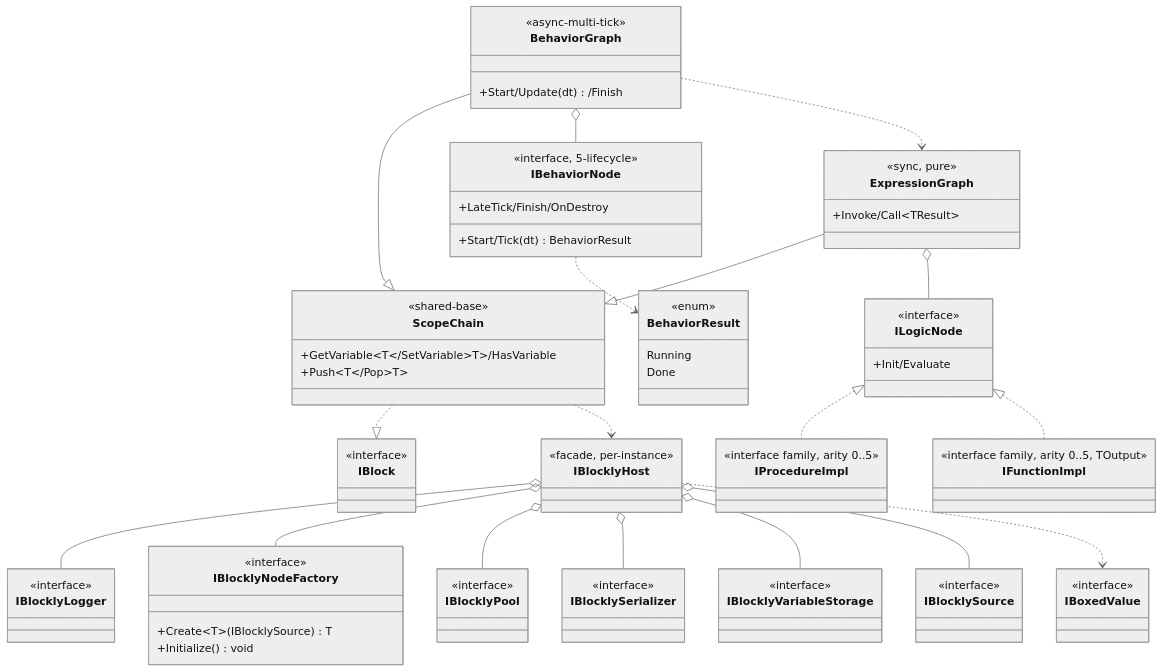
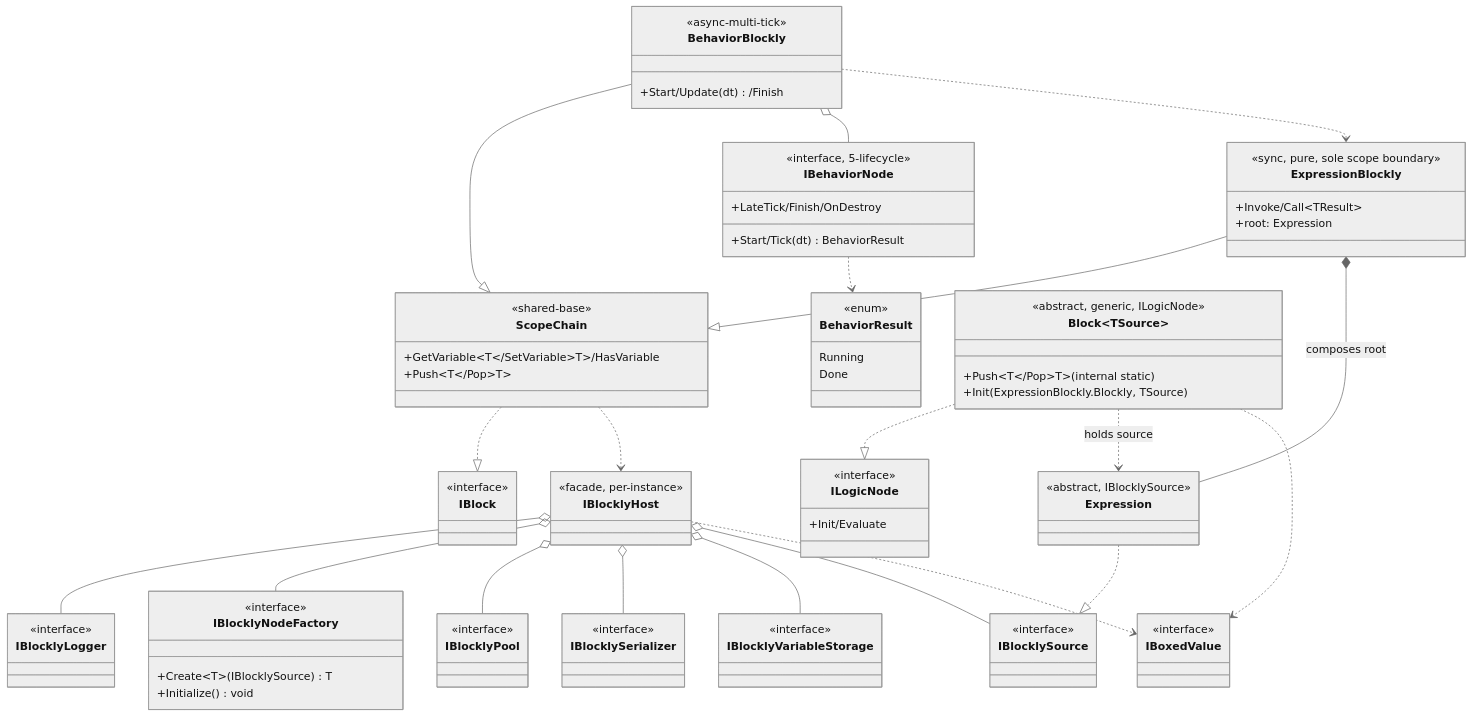
Before and after one commit to nan023062/vena: the diagram in com.vena.blockly/.dna/module.md, drawn with Mermaid (neutral theme). The commit also changed other lines of this file and 60 other files, not shown here.

````diff
--- a/com.vena.blockly/.dna/module.md
+++ b/com.vena.blockly/.dna/module.md
@@ -29,74 +31,79 @@
 ```mermaid
 classDiagram
     direction TB
 
     class IBlock {
         <<interface>>
     }
     class ScopeChain {
         <<shared-base>>
         +GetVariable~T~/SetVariable~T~/HasVariable
         +Push~T~/Pop~T~
     }
-    class BehaviorGraph {
+    class BehaviorBlockly {
         <<async-multi-tick>>
         +Start/Update(dt)/Finish
     }
     class IBehaviorNode {
         <<interface, 5-lifecycle>>
         +Start/Tick(dt) BehaviorResult
         +LateTick/Finish/OnDestroy
     }
     class BehaviorResult {
         <<enum>>
         Running
         Done
     }
-    class ExpressionGraph {
-        <<sync, pure>>
+    class ExpressionBlockly {
+        <<sync, pure, sole scope boundary>>
         +Invoke/Call~TResult~
+        +root: Expression
     }
     class ILogicNode {
         <<interface>>
         +Init/Evaluate
     }
-    class IProcedureImpl {
-        <<interface family, arity 0..5>>
+    class Expression {
+        <<abstract, IBlocklySource>>
     }
-    class IFunctionImpl {
-        <<interface family, arity 0..5, TOutput>>
+    class Block~TSource~ {
+        <<abstract, generic, ILogicNode>>
+        +Push~T~/Pop~T~ (internal static)
+        +Init(ExpressionBlockly.Blockly, TSource)
     }
     class IBlocklyHost {
         <<facade, per-instance>>
     }
     class IBlocklyLogger { <<interface>> }
     class IBlocklyNodeFactory {
         <<interface>>
         +Create~T~(IBlocklySource) T
         +Initialize() void
     }
     class IBlocklyPool { <<interface>> }
     class IBlocklySerializer { <<interface>> }
     class IBlocklyVariableStorage { <<interface>> }
     class IBlocklySource { <<interface>> }
     class IBoxedValue { <<interface>> }
 
     ScopeChain ..|> IBlock
-    BehaviorGraph --|> ScopeChain
-    ExpressionGraph --|> ScopeChain
-    BehaviorGraph o-- IBehaviorNode
+    BehaviorBlockly --|> ScopeChain
+    ExpressionBlockly --|> ScopeChain
+    BehaviorBlockly o-- IBehaviorNode
     IBehaviorNode ..> BehaviorResult
-    ExpressionGraph o-- ILogicNode
-    ILogicNode <|.. IProcedureImpl
-    ILogicNode <|.. IFunctionImpl
-    BehaviorGraph ..> ExpressionGraph
+    ExpressionBlockly *-- Expression : composes root
+    Expression ..|> IBlocklySource
+    Block ..|> ILogicNode
+    Block ..> Expression : holds source
+    BehaviorBlockly ..> ExpressionBlockly
     ScopeChain ..> IBlocklyHost
+    Block ..> IBoxedValue
 
     IBlocklyHost o-- IBlocklyLogger
     IBlocklyHost o-- IBlocklyNodeFactory
     IBlocklyHost o-- IBlocklyPool
     IBlocklyHost o-- IBlocklySerializer
     IBlocklyHost o-- IBlocklyVariableStorage
     IBlocklyHost o-- IBlocklySource
     IBlocklyHost ..> IBoxedValue
 ```
````
